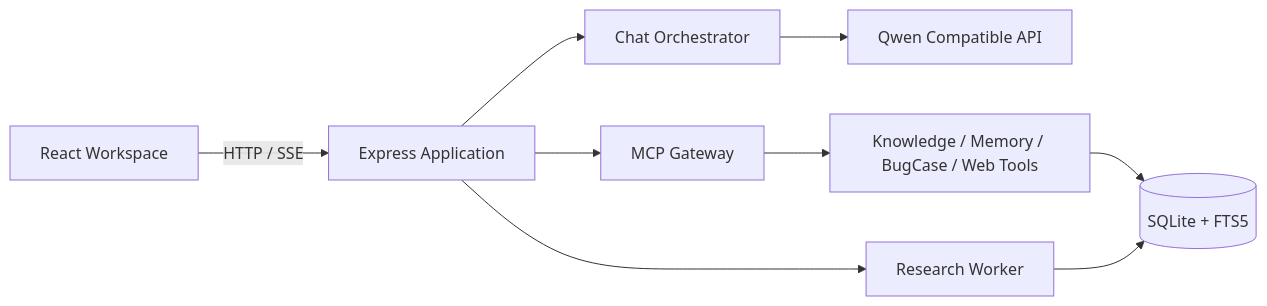
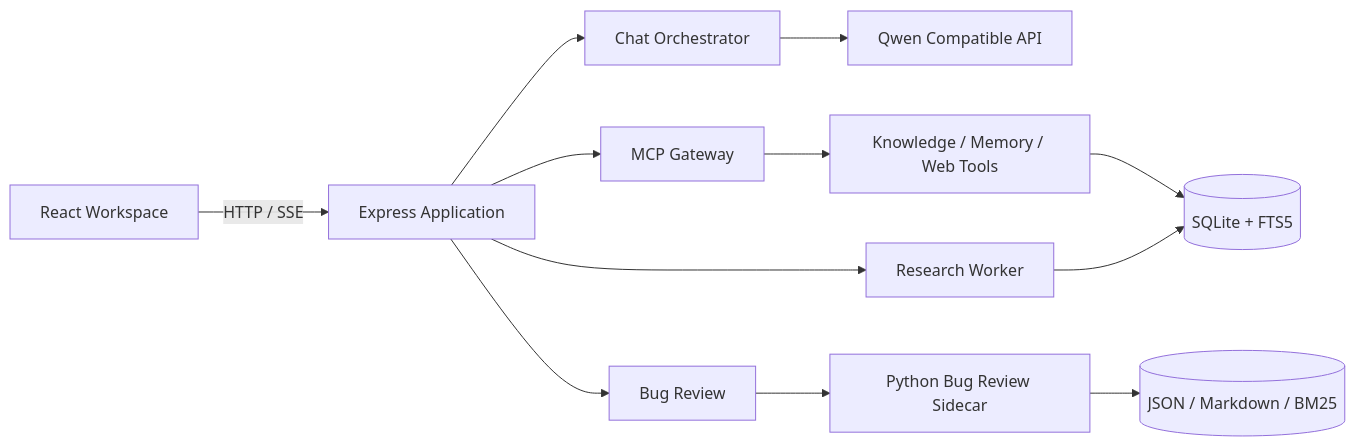
Before and after one commit to bingomaha-creator/Knowledge-Agent-Workspace: the diagram in README.md, drawn with Mermaid. The commit also changed other lines of this file and 45 other files, not shown here.

Commit message:
refactor(bug-review): retire legacy Bug runtime and preserve archives

````diff
--- a/README.md
+++ b/README.md
@@ -48,11 +49,14 @@
 ```mermaid
 flowchart LR
   UI[React Workspace] -->|HTTP / SSE| API[Express Application]
   API --> CHAT[Chat Orchestrator]
   API --> MCP[MCP Gateway]
   CHAT --> MODEL[Qwen Compatible API]
-  MCP --> TOOLS[Knowledge / Memory / BugCase / Web Tools]
+  MCP --> TOOLS[Knowledge / Memory / Web Tools]
   TOOLS --> DATA[(SQLite + FTS5)]
+  API --> BUG[Bug Review]
+  BUG --> BUGPY[Python Bug Review Sidecar]
+  BUGPY --> CASES[(JSON / Markdown / BM25)]
   API --> RESEARCH[Research Worker]
   RESEARCH --> DATA
 ```
````
